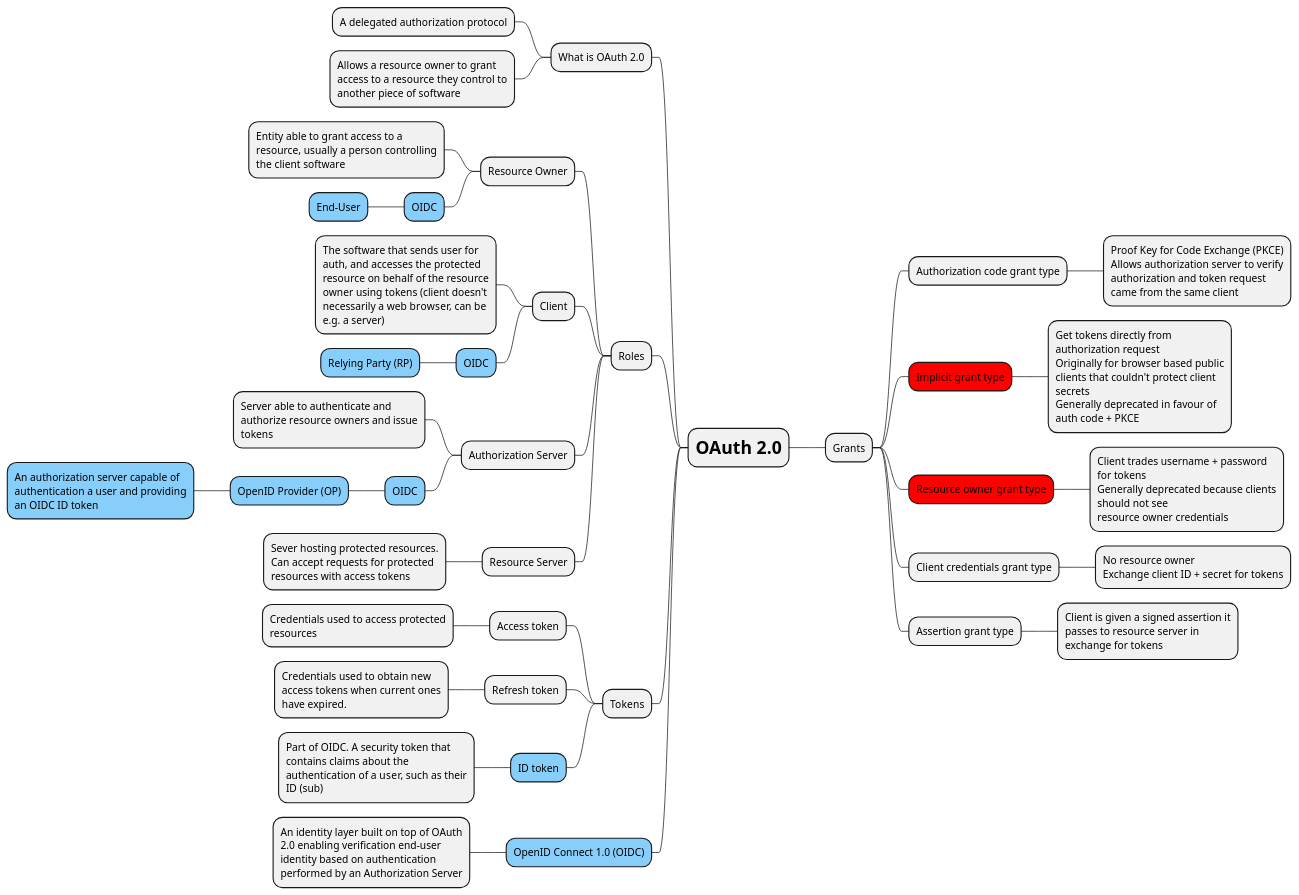
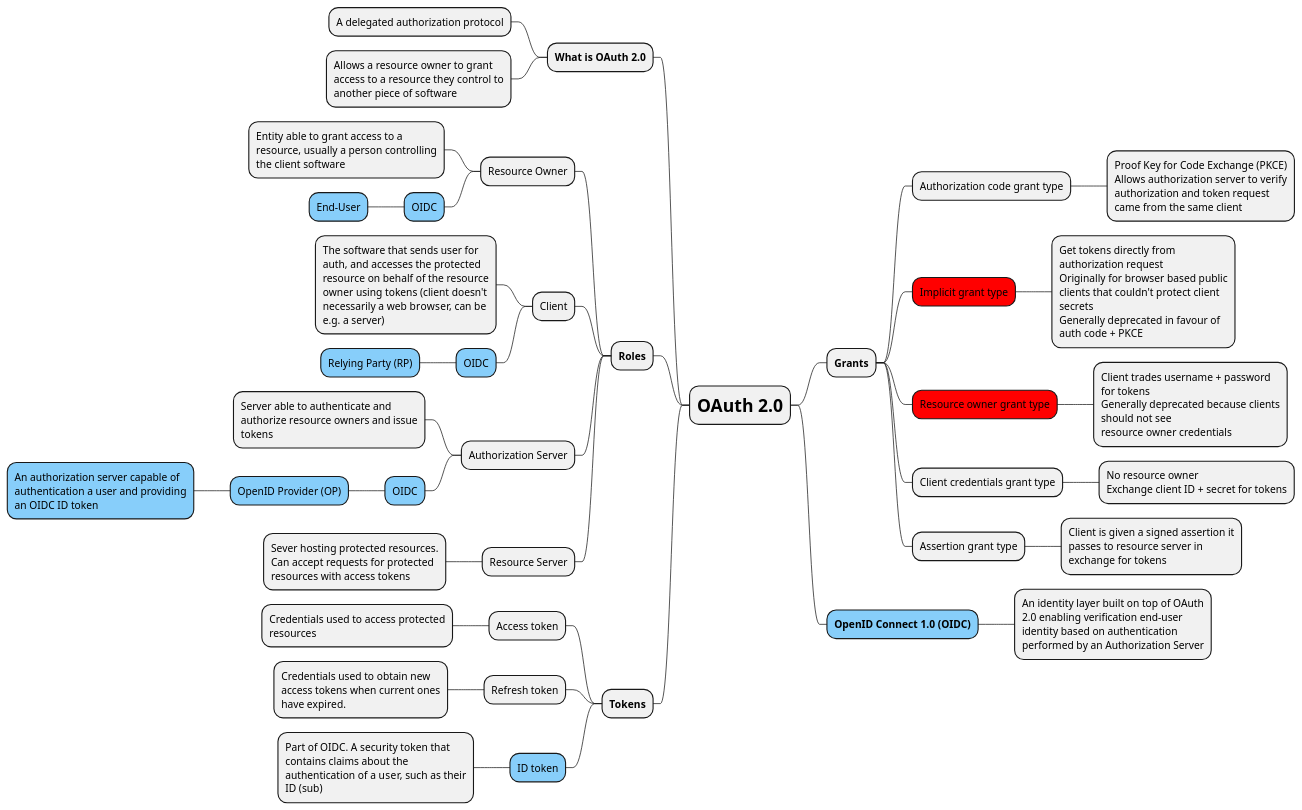
Before and after one commit to hwride/auth: the diagram in oauth/oauth.puml, drawn with PlantUML.

Commit message:
Diagram styles

```diff
--- a/oauth/oauth.puml
+++ b/oauth/oauth.puml
@@ -1,60 +1,60 @@
 @startmindmap
 
 <style>
 node {
     MaximumWidth 250
 }
 </style>
 
-+ <size:24><b>OAuth 2.0</b></size>
-++ Grants
+* <size:24><b>OAuth 2.0</b></size>
+** <b>Grants</b>
 *** Authorization code grant type
 ****:Proof Key for Code Exchange (PKCE)
 Allows authorization server to verify authorization and token request came from the same client;
 ***[#red] Implicit grant type
 ****:Get tokens directly from authorization request
 Originally for browser based public clients that couldn't protect client secrets
 Generally deprecated in favour of auth code + PKCE;
 ***[#red] Resource owner grant type
 ****:Client trades username + password for tokens
 Generally deprecated because clients should not see
 resource owner credentials;
 *** Client credentials grant type
 **** No resource owner\nExchange client ID + secret for tokens
 *** Assertion grant type
 **** Client is given a signed assertion it passes to resource server in exchange for tokens
 
+**[#LightSkyBlue] <b>OpenID Connect 1.0 (OIDC)</b>
+*** An identity layer built on top of OAuth 2.0 enabling verification end-user identity based on authentication performed by an Authorization Server
+
 left side
 
-** What is OAuth 2.0
+** <b>What is OAuth 2.0</b>
 *** A delegated authorization protocol
 *** Allows a resource owner to grant access to a resource they control to another piece of software
 
-** Roles
+** <b>Roles</b>
 *** Resource Owner
 **** Entity able to grant access to a resource, usually a person controlling the client software
 ****[#LightSkyBlue] OIDC
 *****[#LightSkyBlue] End-User
 *** Client
 **** The software that sends user for auth, and accesses the protected resource on behalf of the resource owner using tokens (client doesn't necessarily a web browser, can be e.g. a server)
 ****[#LightSkyBlue] OIDC
 *****[#LightSkyBlue] Relying Party (RP)
 *** Authorization Server
 **** Server able to authenticate and authorize resource owners and issue tokens
 ****[#LightSkyBlue] OIDC
 *****[#LightSkyBlue] OpenID Provider (OP)
 ******[#LightSkyBlue] An authorization server capable of authentication a user and providing an OIDC ID token
 *** Resource Server
 **** Sever hosting protected resources. Can accept requests for protected resources with access tokens
 
-** Tokens
+** <b>Tokens</b>
 *** Access token
 **** Credentials used to access protected resources
 *** Refresh token
 **** Credentials used to obtain new access tokens when current ones have expired.
 ***[#LightSkyBlue] ID token
 **** Part of OIDC. A security token that contains claims about the authentication of a user, such as their ID (sub)
-
-**[#LightSkyBlue] OpenID Connect 1.0 (OIDC)
-*** An identity layer built on top of OAuth 2.0 enabling verification end-user identity based on authentication performed by an Authorization Server
 @endmindmap
```
